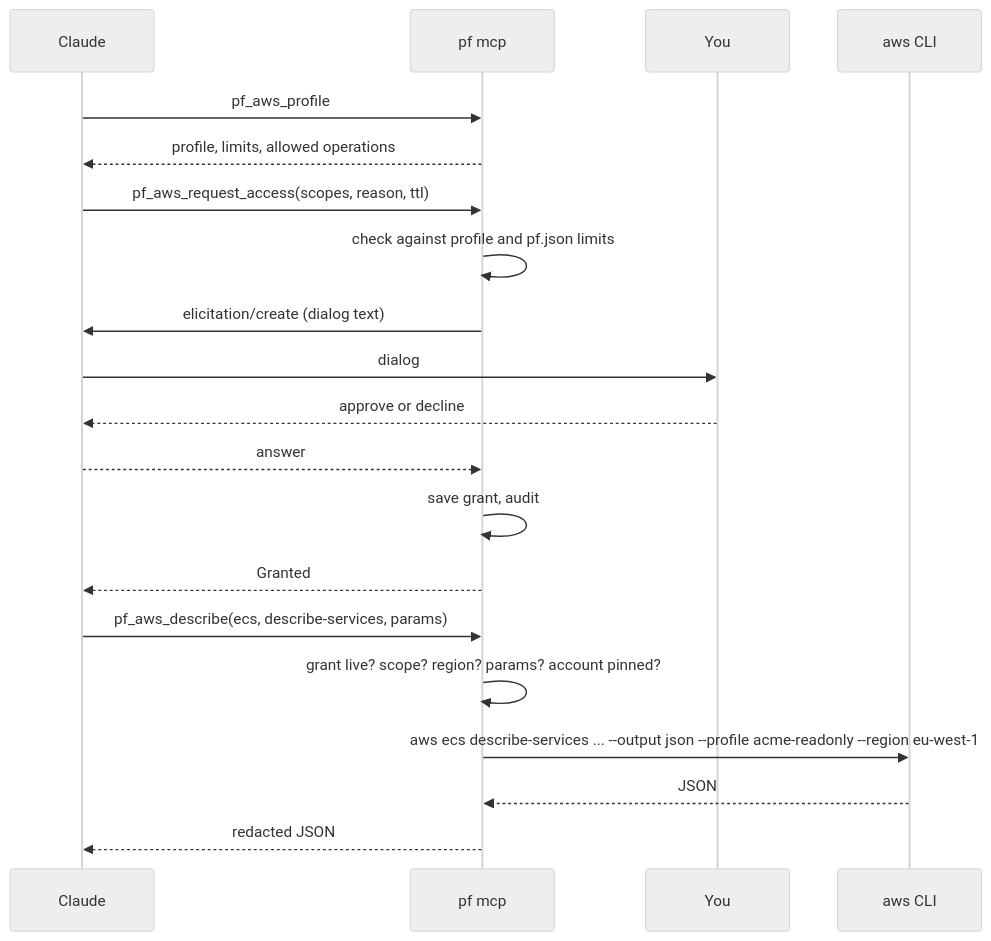
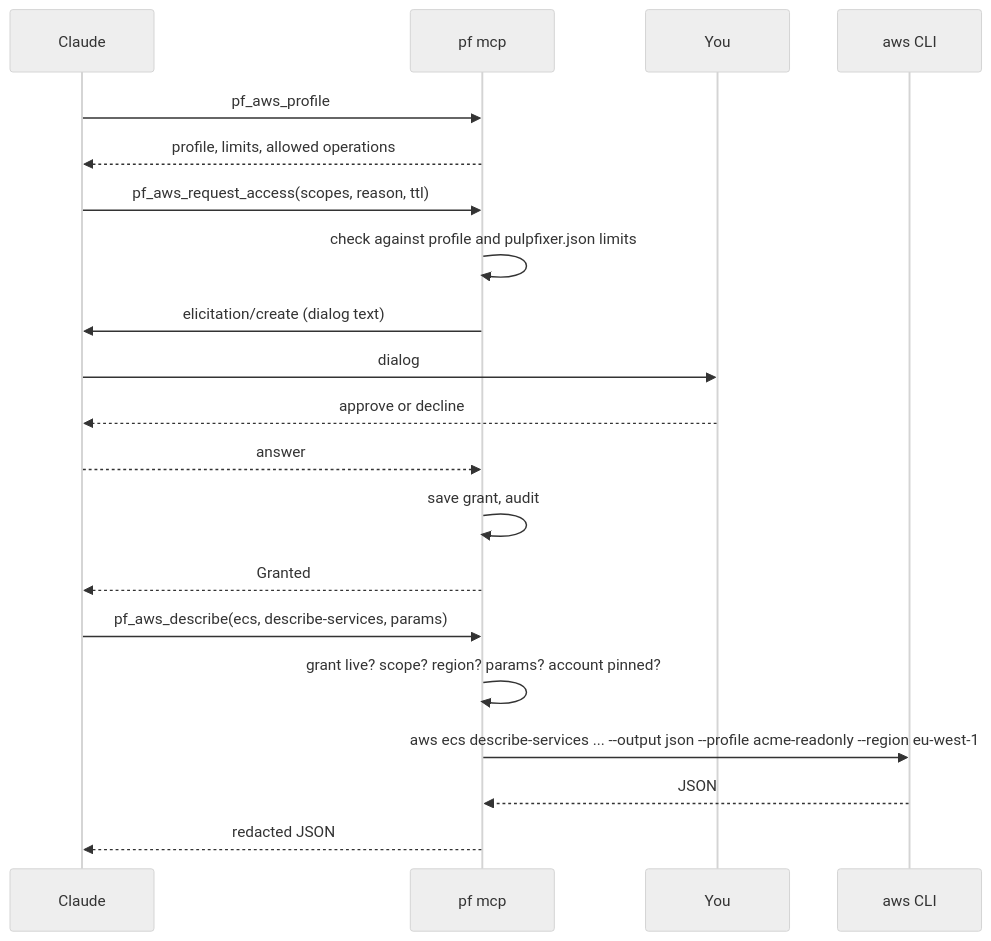
The diagram in packages/docs/content/agent/aws-access.mdx (maxispecs/pf), drawn with Mermaid (neutral theme) before and after one commit. The commit also changed other lines of this file and 70 other files, not shown here.

````diff
--- a/packages/docs/content/agent/aws-access.mdx
+++ b/packages/docs/content/agent/aws-access.mdx
@@ -11,22 +11,22 @@
 ```mermaid
 sequenceDiagram
   participant Agent as Claude
   participant Pf as pf mcp
   participant You
   participant Aws as aws CLI
   Agent->>Pf: pf_aws_profile
   Pf-->>Agent: profile, limits, allowed operations
   Agent->>Pf: pf_aws_request_access(scopes, reason, ttl)
-  Pf->>Pf: check against profile and pf.json limits
+  Pf->>Pf: check against profile and pulpfixer.json limits
   Pf->>Agent: elicitation/create (dialog text)
   Agent->>You: dialog
   You-->>Agent: approve or decline
   Agent-->>Pf: answer
   Pf->>Pf: save grant, audit
   Pf-->>Agent: Granted
   Agent->>Pf: pf_aws_describe(ecs, describe-services, params)
   Pf->>Pf: grant live? scope? region? params? account pinned?
   Pf->>Aws: aws ecs describe-services ... --output json --profile acme-readonly --region eu-west-1
   Aws-->>Pf: JSON
   Pf-->>Agent: redacted JSON
 ```
````
